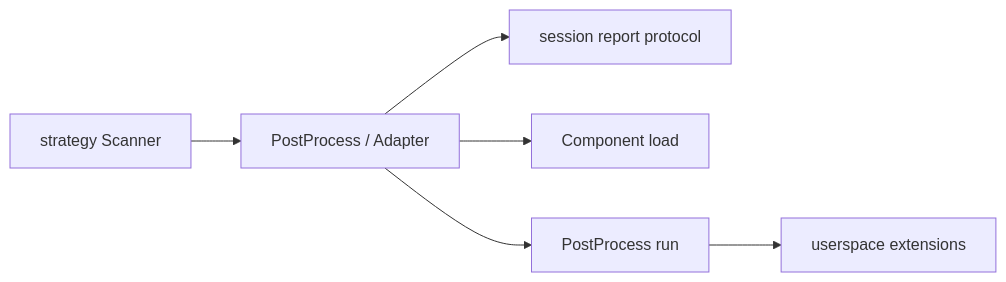
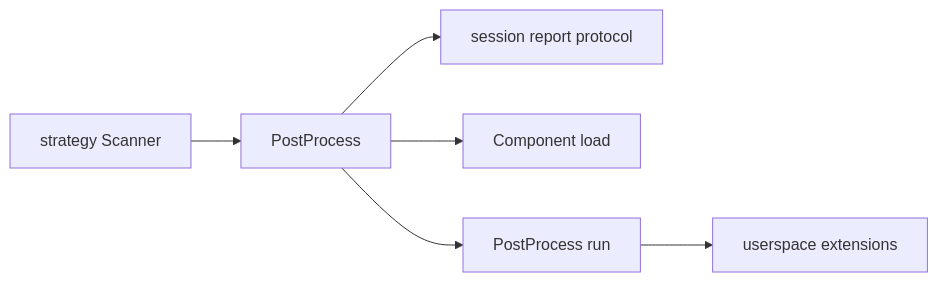
The diagram in core/modules/post_process/docs/ARCHITECTURE.md (garnet1985/new-tea-quant), drawn with Mermaid before and after one commit. The commit also changed other lines of this file and 338 other files, not shown here.

````diff
--- a/core/modules/post_process/docs/ARCHITECTURE.md
+++ b/core/modules/post_process/docs/ARCHITECTURE.md
@@ -28,8 +28,8 @@
 ```mermaid
 flowchart LR
-  Scanner[strategy Scanner] --> Facade[PostProcess / Adapter]
+  Scanner[strategy Scanner] --> Facade[PostProcess]
   Facade --> Protocol[session report protocol]
   Facade --> Components[Component load]
   Facade --> PP[PostProcess run]
   PP --> Userspace[userspace extensions]
 ```
````
